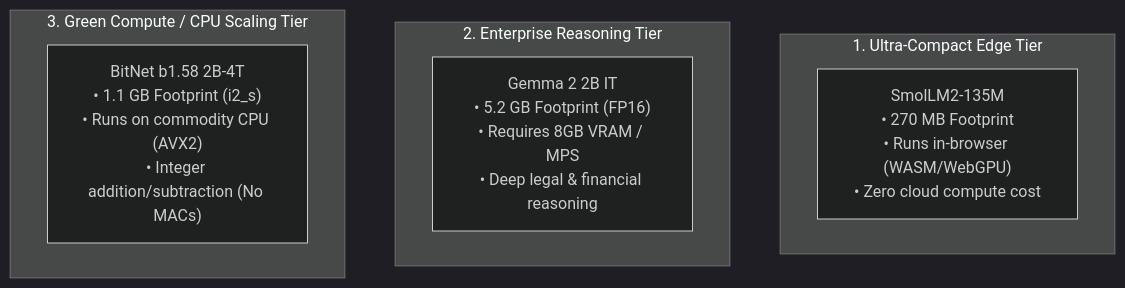
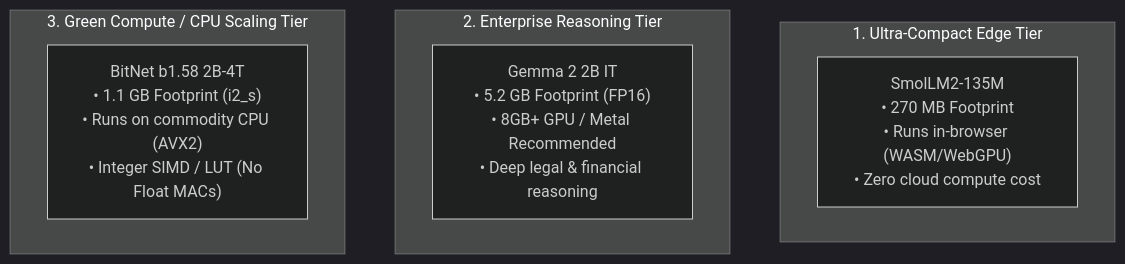
Before and after one commit to knowthankyew/event-driven-ftaas: the diagram in docs/MODEL_PERFORMANCE_COMPARISON.md, drawn with Mermaid (dark theme). The commit also changed other lines of this file and 4 other files, not shown here.

First line of the commit message:
docs: address peer review feedback on hardware scope, runtime baselines, and roadmap consistency

````diff
--- a/docs/MODEL_PERFORMANCE_COMPARISON.md
+++ b/docs/MODEL_PERFORMANCE_COMPARISON.md
@@ -47,14 +47,14 @@
 ```mermaid
 flowchart TD
     subgraph Edge["1. Ultra-Compact Edge Tier"]
         M1["SmolLM2-135M\n• 270 MB Footprint\n• Runs in-browser (WASM/WebGPU)\n• Zero cloud compute cost"]
     end
 
     subgraph Reasoning["2. Enterprise Reasoning Tier"]
-        M2["Gemma 2 2B IT\n• 5.2 GB Footprint (FP16)\n• Requires 8GB VRAM / MPS\n• Deep legal & financial reasoning"]
+        M2["Gemma 2 2B IT\n• 5.2 GB Footprint (FP16)\n• 8GB+ GPU / Metal Recommended\n• Deep legal & financial reasoning"]
     end
 
     subgraph Ternary["3. Green Compute / CPU Scaling Tier"]
-        M3["BitNet b1.58 2B-4T\n• 1.1 GB Footprint (i2_s)\n• Runs on commodity CPU (AVX2)\n• Integer addition/subtraction (No MACs)"]
+        M3["BitNet b1.58 2B-4T\n• 1.1 GB Footprint (i2_s)\n• Runs on commodity CPU (AVX2)\n• Integer SIMD / LUT (No Float MACs)"]
     end
 ```
````
